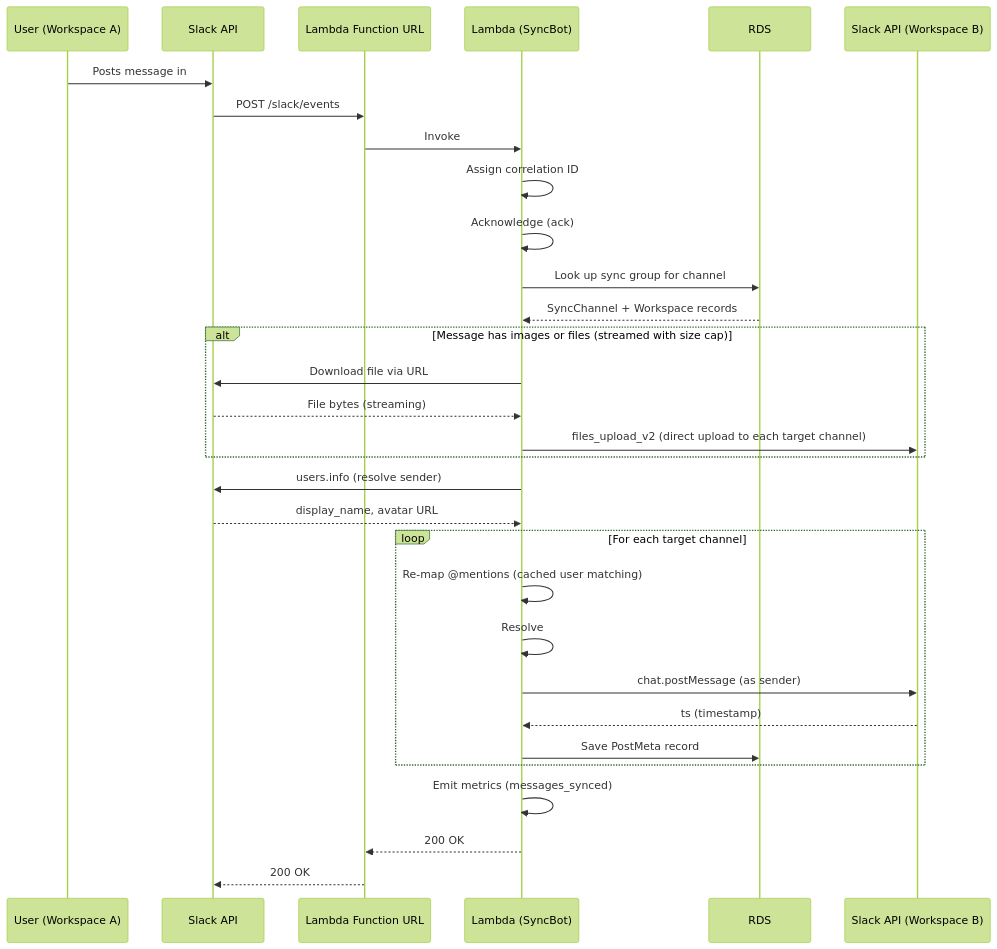
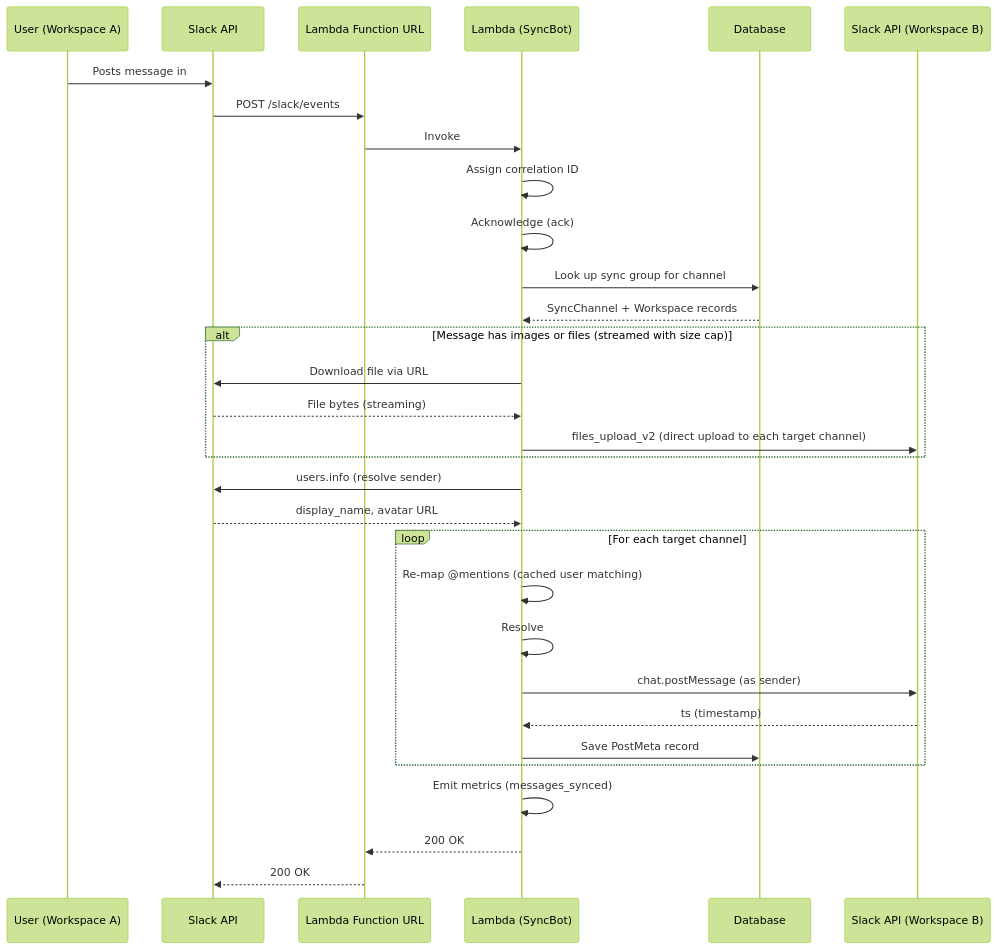
Before and after one commit to F3Nation-Community/slack-syncbot: the first of 3 diagrams in docs/ARCHITECTURE.md, drawn with Mermaid (forest theme). The commit also changed other lines of this file and 31 other files, not shown here.

````diff
--- a/docs/ARCHITECTURE.md
+++ b/docs/ARCHITECTURE.md
@@ -22,38 +22,38 @@
 ```mermaid
 sequenceDiagram
     participant U as User (Workspace A)
     participant S as Slack API
     participant FU as Lambda Function URL
     participant L as Lambda (SyncBot)
-    participant DB as RDS
+    participant DB as Database
     participant SB as Slack API (Workspace B)
 
     U->>S: Posts message in #general
     S->>FU: POST /slack/events
     FU->>L: Invoke
     L->>L: Assign correlation ID
     L->>L: Acknowledge (ack)
     L->>DB: Look up sync group for channel
     DB-->>L: SyncChannel + Workspace records
 
     alt Message has images or files (streamed with size cap)
         L->>S: Download file via URL
         S-->>L: File bytes (streaming)
         L->>SB: files_upload_v2 (direct upload to each target channel)
     end
 
     L->>S: users.info (resolve sender)
     S-->>L: display_name, avatar URL
 
     loop For each target channel
         L->>L: Re-map @mentions (cached user matching)
         L->>L: Resolve #channel refs (native if synced, else archive URL)
         L->>SB: chat.postMessage (as sender)
         SB-->>L: ts (timestamp)
         L->>DB: Save PostMeta record
     end
 
     L->>L: Emit metrics (messages_synced)
     L-->>FU: 200 OK
     FU-->>S: 200 OK
 ```
````
